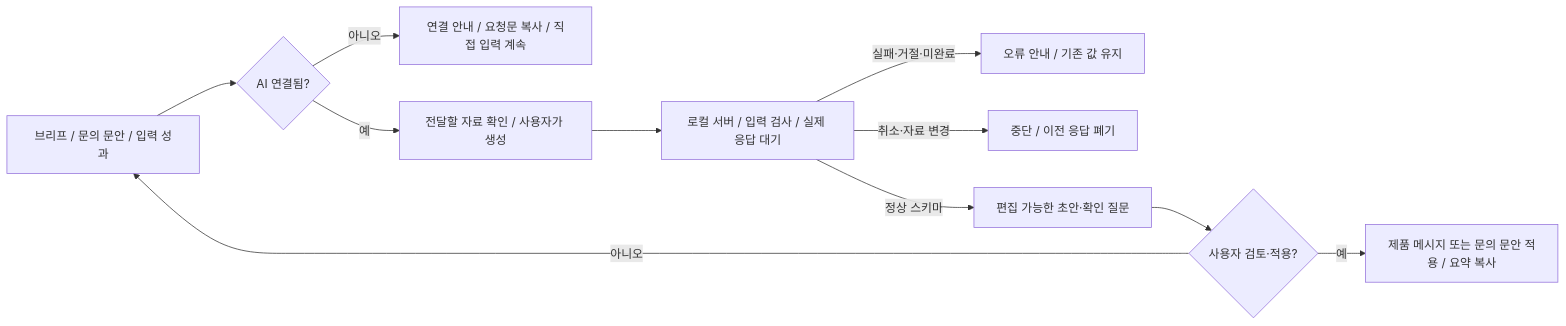
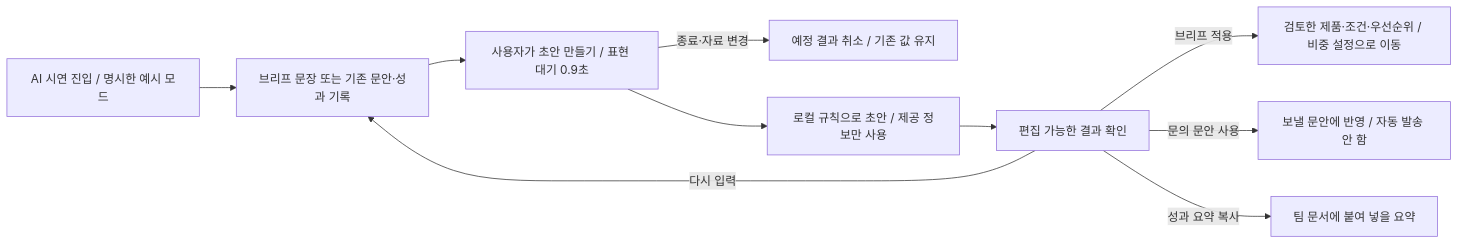
Before and after one commit to vk2commits/creator-match: the third of 3 diagrams in flowchart.md, drawn with Mermaid. The commit also changed other lines of this file and 7 other files, not shown here.

````diff
--- a/flowchart.md
+++ b/flowchart.md
@@ -118,13 +121,12 @@
 ```mermaid
 flowchart LR
-    A["브리프 / 문의 문안 / 입력 성과"] --> B{"AI 연결됨?"}
-    B -- 아니오 --> C["연결 안내 / 요청문 복사 / 직접 입력 계속"]
-    B -- 예 --> D["전달할 자료 확인 / 사용자가 생성"]
-    D --> E["로컬 서버 / 입력 검사 / 실제 응답 대기"]
-    E -- 실패·거절·미완료 --> F["오류 안내 / 기존 값 유지"]
-    E -- 취소·자료 변경 --> G["중단 / 이전 응답 폐기"]
-    E -- 정상 스키마 --> H["편집 가능한 초안·확인 질문"]
-    H --> I{"사용자 검토·적용?"}
-    I -- 예 --> J["제품 메시지 또는 문의 문안 적용 / 요약 복사"]
-    I -- 아니오 --> A
+    A["AI 시연 진입 / 명시한 예시 모드"] --> B["브리프 문장 또는 기존 문안·성과 기록"]
+    B --> C["사용자가 초안 만들기 / 표현 대기 0.9초"]
+    C -- 종료·자료 변경 --> X["예정 결과 취소 / 기존 값 유지"]
+    C --> D["로컬 규칙으로 초안 / 제공 정보만 사용"]
+    D --> E["편집 가능한 결과 확인"]
+    E -- 다시 입력 --> B
+    E -- 브리프 적용 --> F["검토한 제품·조건·우선순위 / 비중 설정으로 이동"]
+    E -- 문의 문안 사용 --> G["보낼 문안에 반영 / 자동 발송 안 함"]
+    E -- 성과 요약 복사 --> H["팀 문서에 붙여 넣을 요약"]
 ```
````
